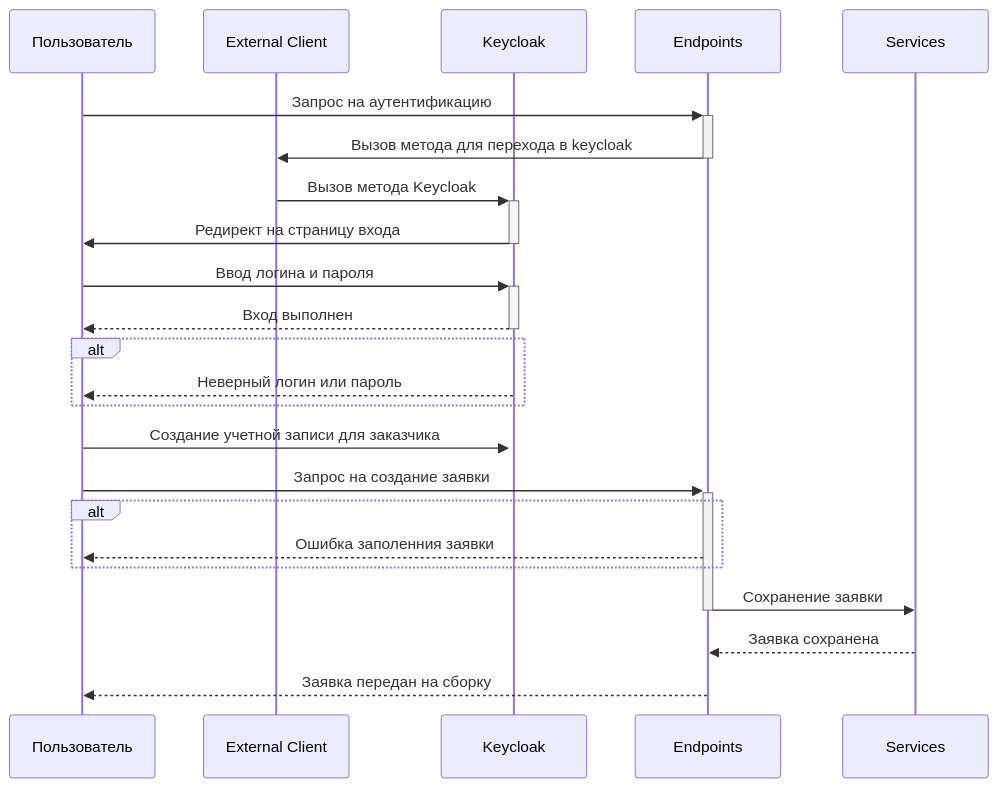
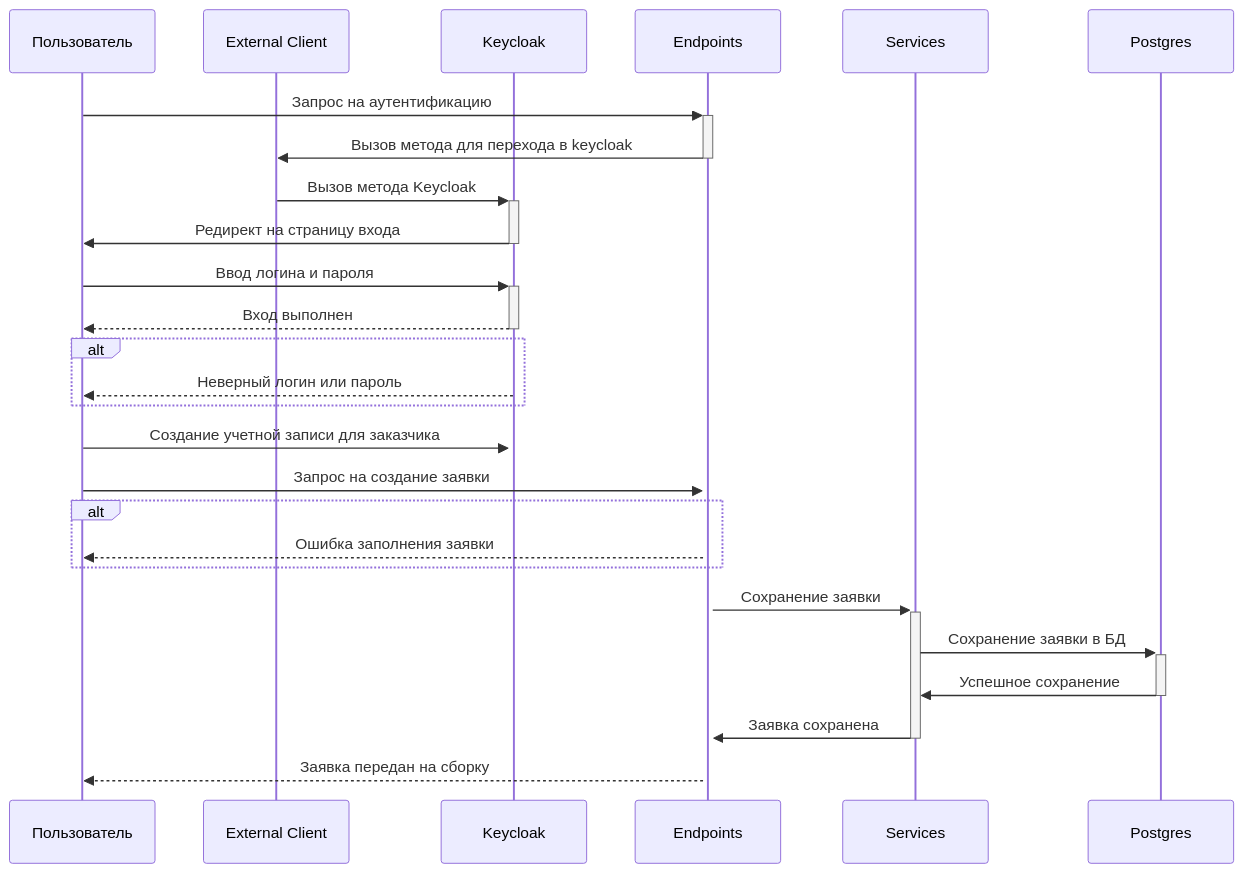
Before and after one commit to GulDilin/itmo: the diagram in magistracy/software-engeneering-methodology/diagrams/Sequence_UC-Create-Order_Logical.mmd, drawn with Mermaid. The commit also changed 5 other files, not shown here.

Commit message:
update diagrams

```diff
--- a/magistracy/software-engeneering-methodology/diagrams/Sequence_UC-Create-Order_Logical.mmd
+++ b/magistracy/software-engeneering-methodology/diagrams/Sequence_UC-Create-Order_Logical.mmd
@@ -1,27 +1,30 @@
 sequenceDiagram
     participant Пользователь
     participant External Client
     participant Keycloak
     participant Endpoints
     participant Services
+    participant Postgres
 
     Пользователь ->>+ Endpoints: Запрос на аутентификацию
     Endpoints ->>- External Client: Вызов метода для перехода в keycloak
     External Client ->>+ Keycloak: Вызов метода Keycloak
     Keycloak ->>- Пользователь: Редирект на страницу входа
     Пользователь ->>+ Keycloak: Ввод логина и пароля
 
     Keycloak -->>- Пользователь: Вход выполнен
     alt
         Keycloak -->> Пользователь: Неверный логин или пароль
     end
 
     Пользователь ->>+ Keycloak: Создание учетной записи для заказчика
 
     Пользователь ->>+ Endpoints: Запрос на создание заявки
     alt
-        Endpoints -->> Пользователь: Ошибка заполенния заявки
+        Endpoints -->> Пользователь: Ошибка заполнения заявки
     end
-    Endpoints ->>- Services: Сохранение заявки
-    Services -->> Endpoints: Заявка сохранена
+    Endpoints ->>+ Services: Сохранение заявки
+    Services ->>+ Postgres: Сохранение заявки в БД
+    Postgres ->>- Services: Успешное сохранение
+    Services ->>- Endpoints: Заявка сохранена
     Endpoints -->> Пользователь: Заявка передан на сборку
```
